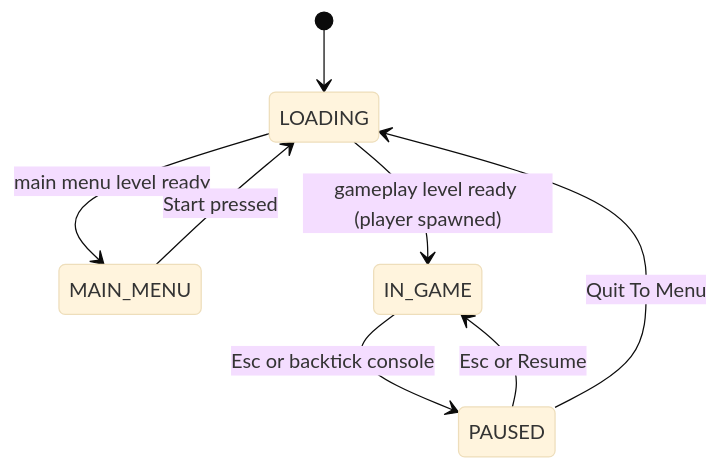
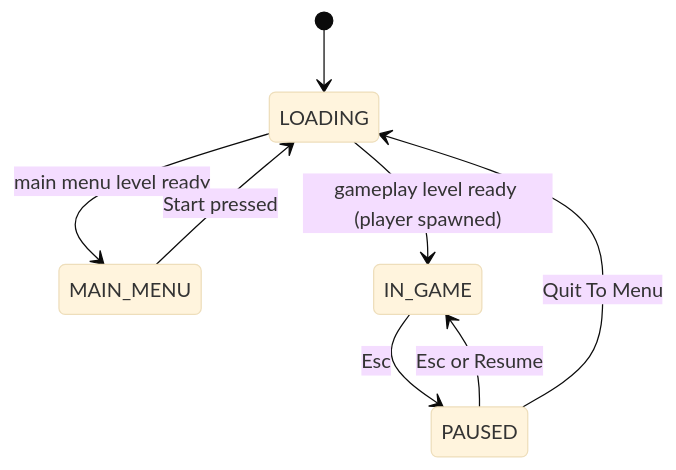
Before and after one commit to m-rafiwidya/Last-Light-NasaSpaceApps: the second of 3 diagrams in game/README.md, drawn with Mermaid (base theme). The commit also changed other lines of this file and 3 other files, not shown here.

````diff
--- a/game/README.md
+++ b/game/README.md
@@ -173,10 +173,10 @@
 ```mermaid
 stateDiagram-v2
     [*] --> LOADING
     LOADING --> MAIN_MENU: main menu level ready
     LOADING --> IN_GAME: gameplay level ready (player spawned)
     MAIN_MENU --> LOADING: Start pressed
-    IN_GAME --> PAUSED: Esc or backtick console
+    IN_GAME --> PAUSED: Esc
     PAUSED --> IN_GAME: Esc or Resume
     PAUSED --> LOADING: Quit To Menu
 ```
````
